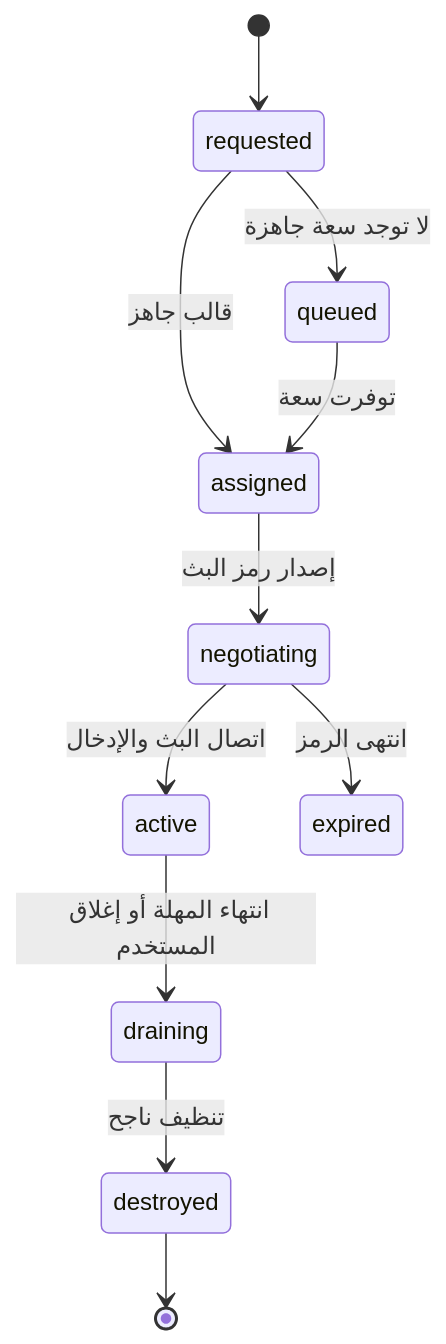
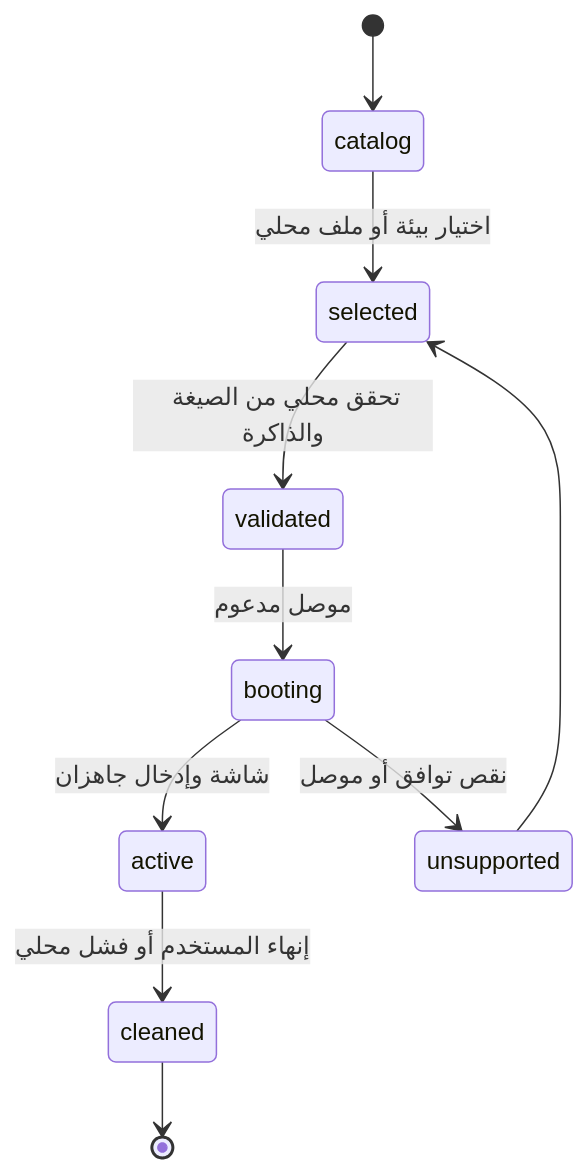
The second of 2 diagrams in docs/architecture.md (Maaazn/justgo.github.io), drawn with Mermaid before and after one commit. The commit also changed other lines of this file, not shown here.

Commit message:
docs: align architecture with local engine

````diff
--- a/docs/architecture.md
+++ b/docs/architecture.md
@@ -42,13 +40,12 @@
 ```mermaid
 stateDiagram-v2
-  [*] --> requested
-  requested --> queued: لا توجد سعة جاهزة
-  requested --> assigned: قالب جاهز
-  queued --> assigned: توفرت سعة
-  assigned --> negotiating: إصدار رمز البث
-  negotiating --> active: اتصال البث والإدخال
-  negotiating --> expired: انتهى الرمز
-  active --> draining: انتهاء المهلة أو إغلاق المستخدم
-  draining --> destroyed: تنظيف ناجح
-  destroyed --> [*]
+  [*] --> catalog
+  catalog --> selected: اختيار بيئة أو ملف محلي
+  selected --> validated: تحقق محلي من الصيغة والذاكرة
+  validated --> booting: موصل مدعوم
+  booting --> active: شاشة وإدخال جاهزان
+  booting --> unsupported: نقص توافق أو موصل
+  active --> cleaned: إنهاء المستخدم أو فشل محلي
+  unsupported --> selected
+  cleaned --> [*]
 ```
````
